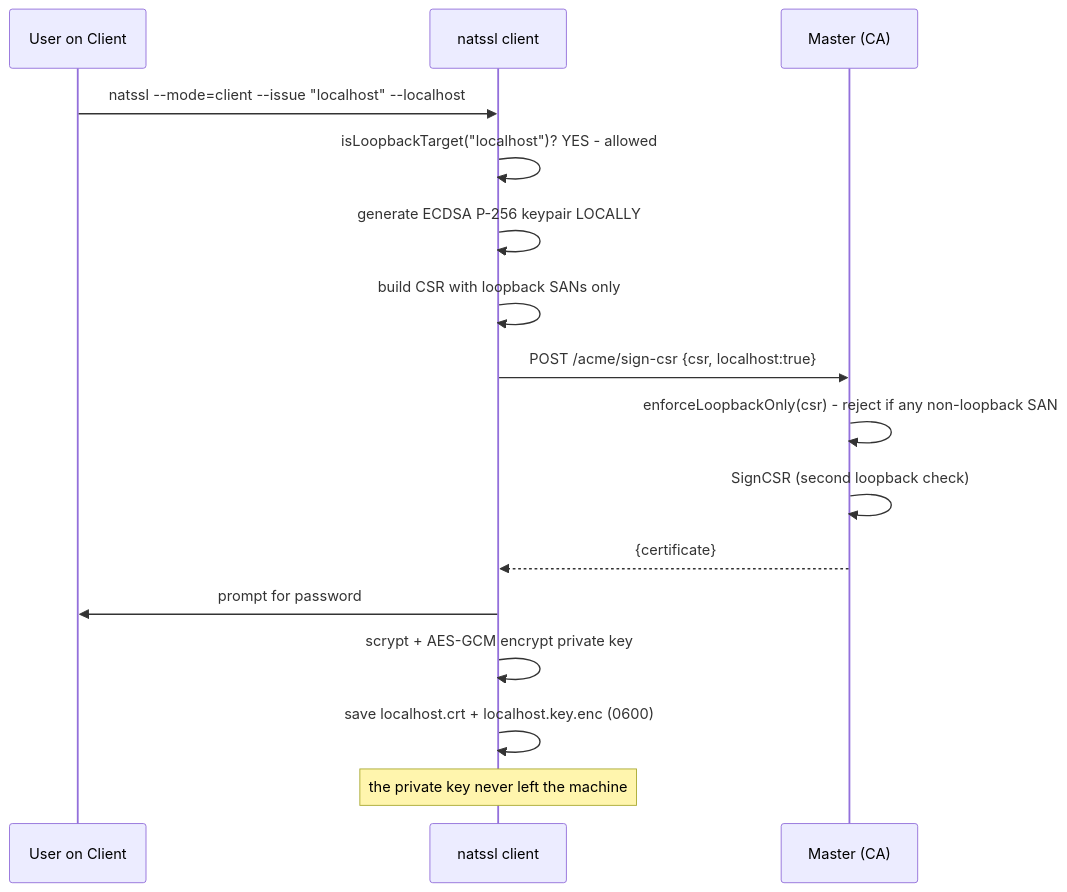
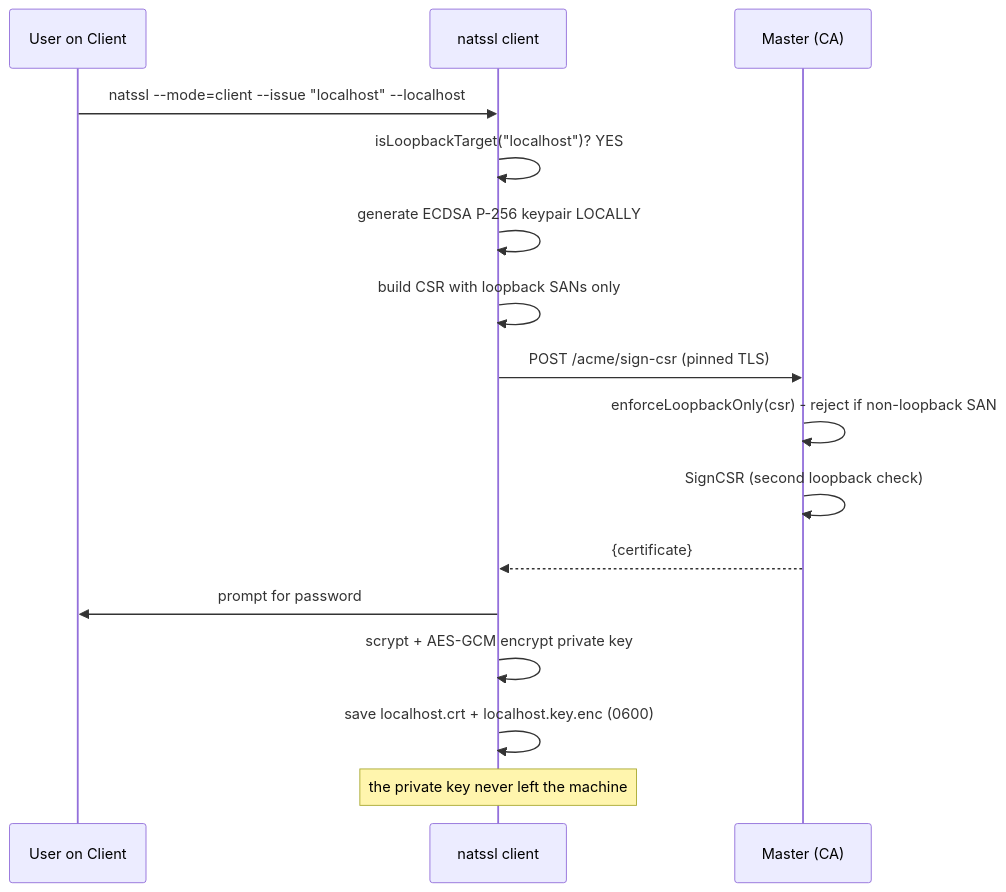
Before and after one commit to iskyneon/natssl: the third of 5 diagrams in docs/DEPLOYMENT.md, drawn with Mermaid. The commit also changed other lines of this file and 9 other files, not shown here.

````diff
--- a/docs/DEPLOYMENT.md
+++ b/docs/DEPLOYMENT.md
@@ -200,19 +216,19 @@
 ```mermaid
 sequenceDiagram
     participant U as User on Client
     participant C as natssl client
     participant M as Master (CA)
 
     U->>C: natssl --mode=client --issue "localhost" --localhost
-    C->>C: isLoopbackTarget("localhost")? YES - allowed
+    C->>C: isLoopbackTarget("localhost")? YES
     C->>C: generate ECDSA P-256 keypair LOCALLY
     C->>C: build CSR with loopback SANs only
-    C->>M: POST /acme/sign-csr {csr, localhost:true}
-    M->>M: enforceLoopbackOnly(csr) - reject if any non-loopback SAN
+    C->>M: POST /acme/sign-csr (pinned TLS)
+    M->>M: enforceLoopbackOnly(csr) - reject if non-loopback SAN
     M->>M: SignCSR (second loopback check)
     M-->>C: {certificate}
     C->>U: prompt for password
     C->>C: scrypt + AES-GCM encrypt private key
     C->>C: save localhost.crt + localhost.key.enc (0600)
     Note over C: the private key never left the machine
 ```
````
